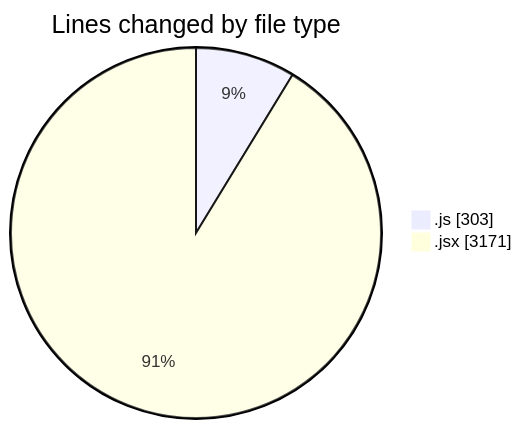
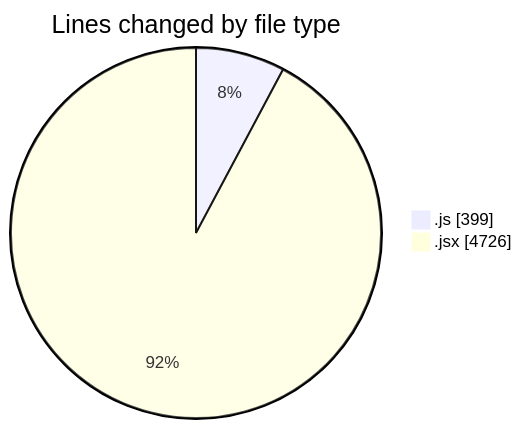
Before and after one commit to nxtqubesakshisongat/code-tracking: the first of 2 diagrams in 2025-05-21/nxtqube_webapp/README.md, drawn with Mermaid. The commit also changed other lines of this file and 1 other file, not shown here.

````diff
--- a/2025-05-21/nxtqube_webapp/README.md
+++ b/2025-05-21/nxtqube_webapp/README.md
@@ -24,6 +26,6 @@
 ```mermaid
 pie showData
 title Lines changed by file type
-".js" : 303
-".jsx" : 3171
+".js" : 399
+".jsx" : 4726
 ```
````
